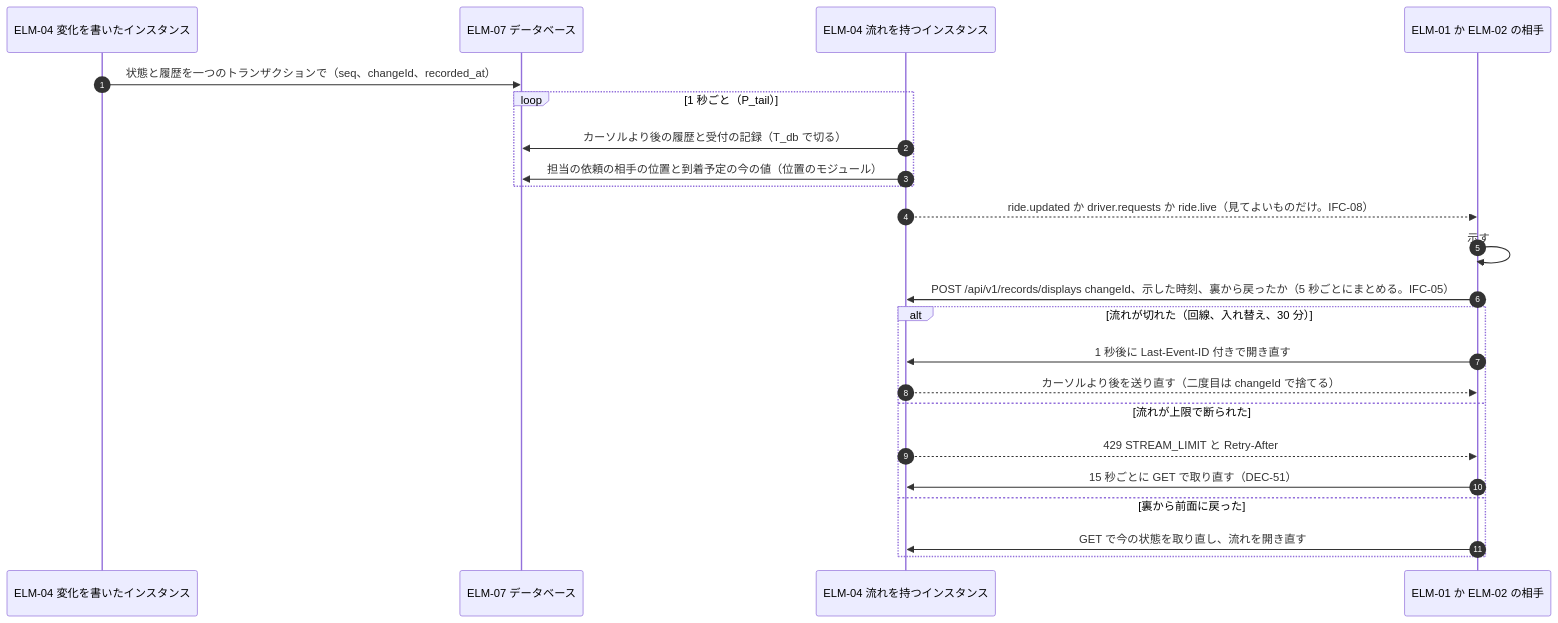
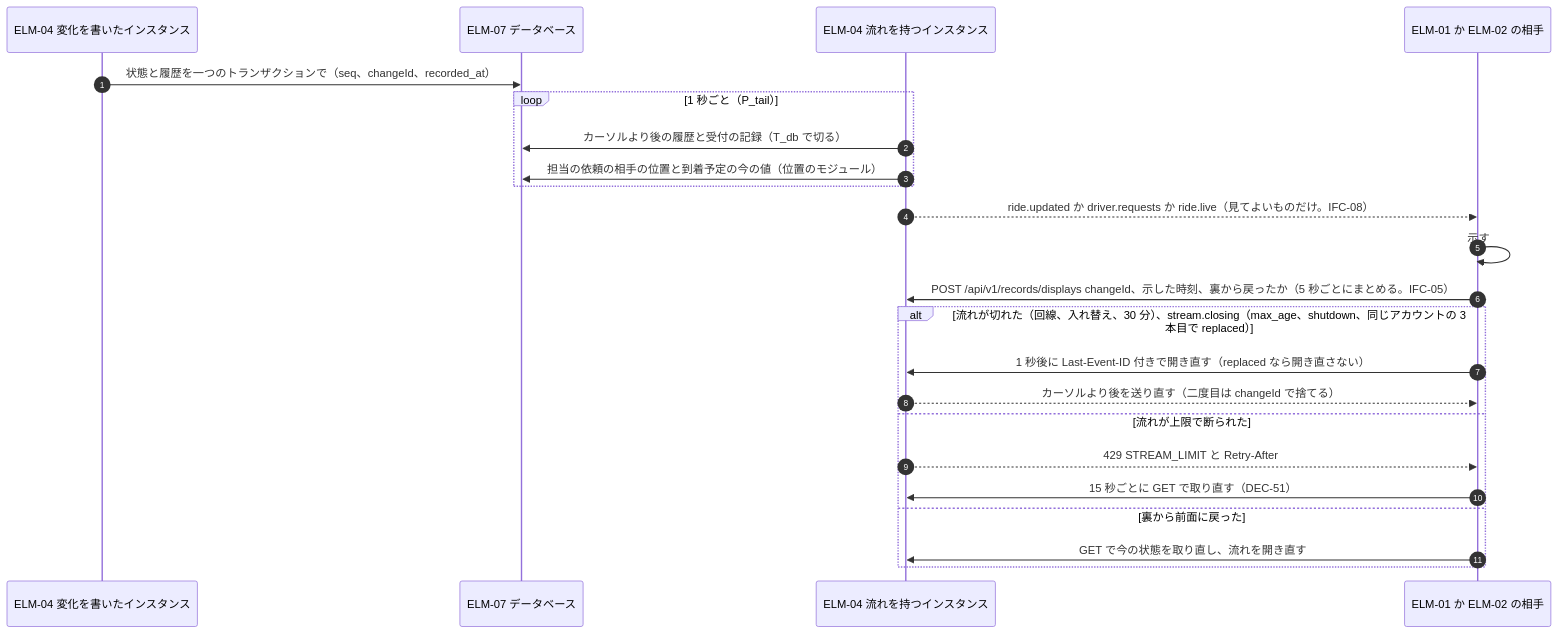
One commit to Taro000/ride-hailing-app-demo changed diagram 19 of 44 in docs/design/3-high-level-design.md. Above: the diagram before and after it, drawn with Mermaid. The commit also changed other lines of this file and 92 other files, not shown here.

First line of the commit message:
architecture-to-high-level-design 再実行: 指摘 FND-30〜43・45〜48 を受け入れ、第 2 段階と品質チェーンの再実行に追随する

````diff
--- a/docs/design/3-high-level-design.md
+++ b/docs/design/3-high-level-design.md
@@ -1023,25 +1256,25 @@
 ```mermaid
 sequenceDiagram
   autonumber
   participant W as ELM-04 変化を書いたインスタンス
   participant DB as ELM-07 データベース
   participant S as ELM-04 流れを持つインスタンス
   participant APP as ELM-01 か ELM-02 の相手
   W->>DB: 状態と履歴を一つのトランザクションで（seq、changeId、recorded_at）
   loop 1 秒ごと（P_tail）
     S->>DB: カーソルより後の履歴と受付の記録（T_db で切る）
     S->>DB: 担当の依頼の相手の位置と到着予定の今の値（位置のモジュール）
   end
   S-->>APP: ride.updated か driver.requests か ride.live（見てよいものだけ。IFC-08）
   APP->>APP: 示す
   APP->>S: POST /api/v1/records/displays changeId、示した時刻、裏から戻ったか（5 秒ごとにまとめる。IFC-05）
-  alt 流れが切れた（回線、入れ替え、30 分）
-    APP->>S: 1 秒後に Last-Event-ID 付きで開き直す
+  alt 流れが切れた（回線、入れ替え、30 分）、stream.closing（max_age、shutdown、同じアカウントの 3 本目で replaced）
+    APP->>S: 1 秒後に Last-Event-ID 付きで開き直す（replaced なら開き直さない）
     S-->>APP: カーソルより後を送り直す（二度目は changeId で捨てる）
   else 流れが上限で断られた
     S-->>APP: 429 STREAM_LIMIT と Retry-After
     APP->>S: 15 秒ごとに GET で取り直す（DEC-51）
   else 裏から前面に戻った
     APP->>S: GET で今の状態を取り直し、流れを開き直す
   end
 ```
````
